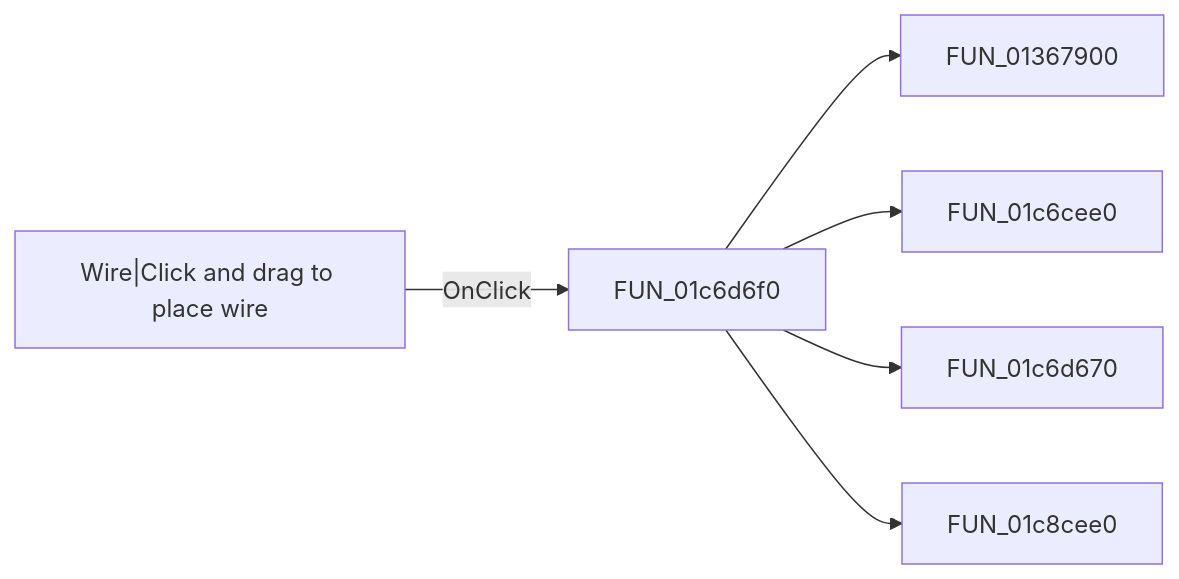
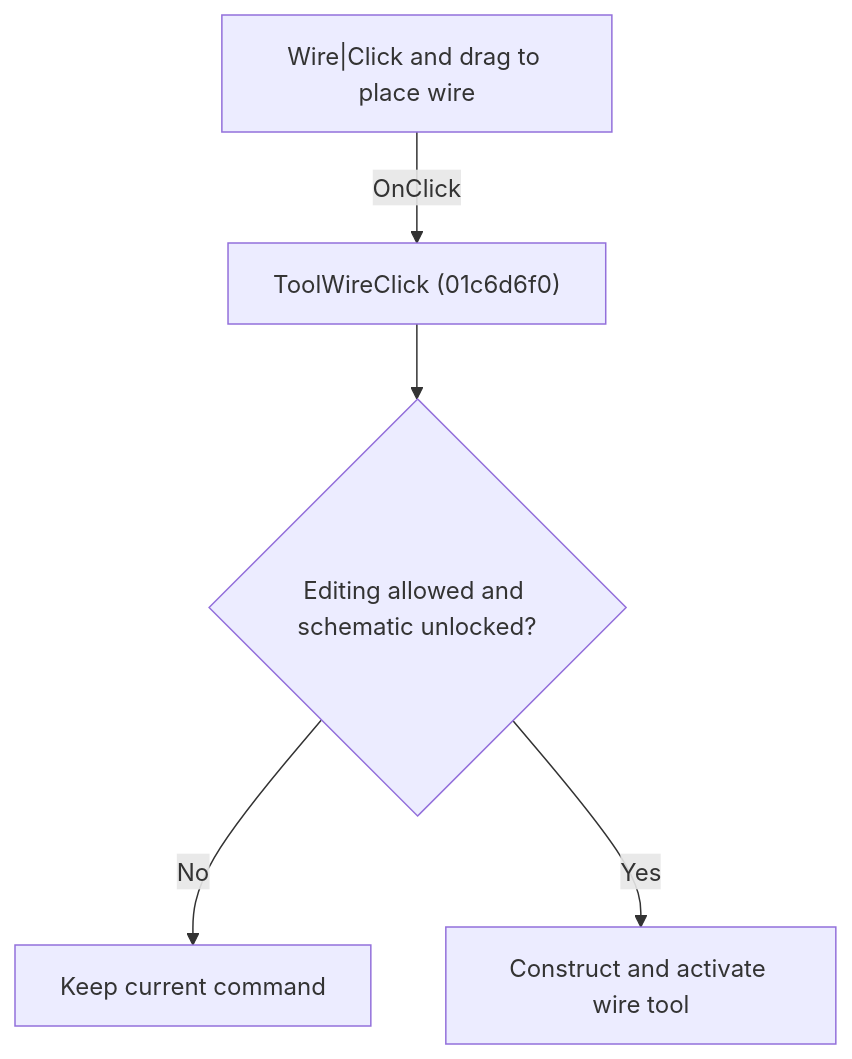
One commit to MovGP0/TIARA changed the diagram in docs/ui-controls/schematiceditor/toolwire-19cba12ef8.md. Above: the diagram before and after it, drawn with Mermaid. The commit also changed other lines of this file and 1062 other files, not shown here.

````diff
--- a/docs/ui-controls/schematiceditor/toolwire-19cba12ef8.md
+++ b/docs/ui-controls/schematiceditor/toolwire-19cba12ef8.md
@@ -27,8 +27,7 @@
 ```mermaid
-flowchart LR
-    control["Wire|Click and drag to place wire"] -->|OnClick| handler["FUN_01c6d6f0"]
-    handler --> call1["FUN_01367900"]
-    handler --> call2["FUN_01c6cee0"]
-    handler --> call3["FUN_01c6d670"]
-    handler --> call4["FUN_01c8cee0"]
+flowchart TD
+    control["Wire|Click and drag to place wire"] -->|"OnClick"| handler["ToolWireClick (01c6d6f0)"]
+    handler --> guard{"Editing allowed and schematic unlocked?"}
+    guard -->|"No"| noChange["Keep current command"]
+    guard -->|"Yes"| action["Construct and activate wire tool"]
 ```
````
